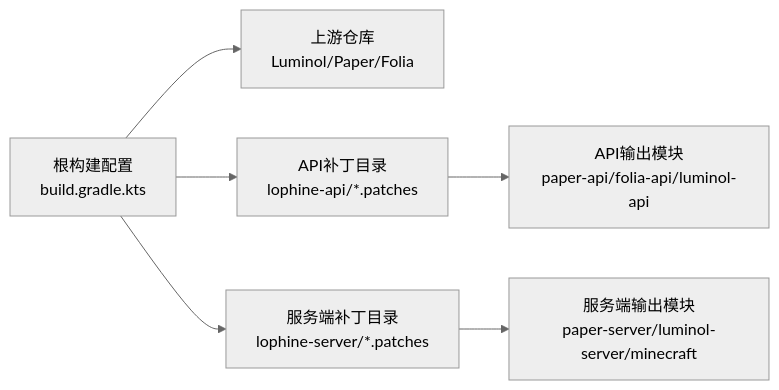
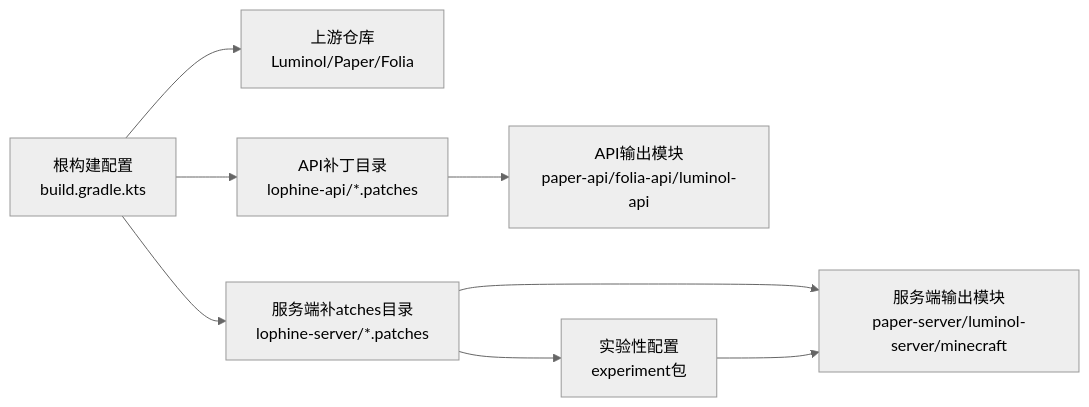
The fourth of 5 diagrams in .qoder/repowiki/zh/content/补丁管理.md (xucy10/Lophine1.21.11), drawn with Mermaid (neutral theme) before and after one commit. The commit also changed other lines of this file and 54 other files, not shown here.

````diff
--- a/.qoder/repowiki/zh/content/补丁管理.md
+++ b/.qoder/repowiki/zh/content/补丁管理.md
@@ -233,8 +293,10 @@
 ```mermaid
 graph LR
 Root["根构建配置<br/>build.gradle.kts"] --> Upstream["上游仓库<br/>Luminol/Paper/Folia"]
 Root --> PAPI["API补丁目录<br/>lophine-api/*.patches"]
-Root --> PSVR["服务端补丁目录<br/>lophine-server/*.patches"]
+Root --> PSVR["服务端补atches目录<br/>lophine-server/*.patches"]
 PAPI --> OutAPI["API输出模块<br/>paper-api/folia-api/luminol-api"]
 PSVR --> OutSVR["服务端输出模块<br/>paper-server/luminol-server/minecraft"]
+PSVR --> Experiment["实验性配置<br/>experiment包"]
+Experiment --> OutSVR
 ```
````
